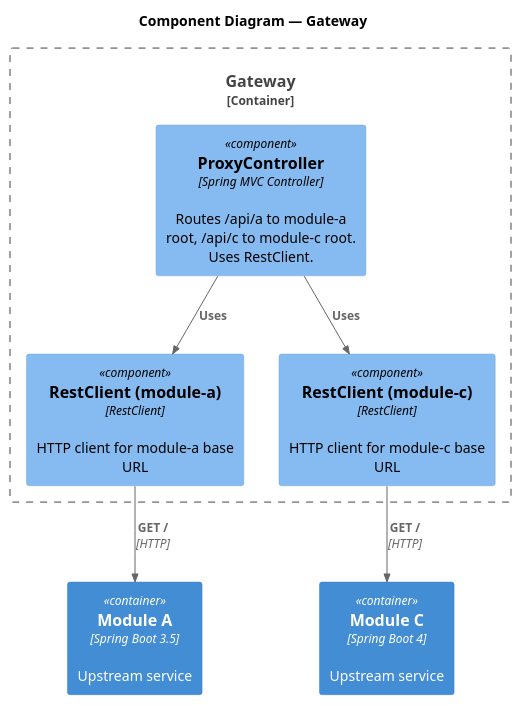
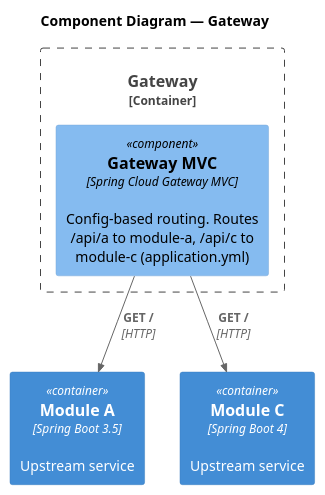
One commit to jabrena/spring-boot-opentelemetry-honeycomb-example changed the diagram in documentation/c4/c4-level3-gateway.puml. Above: the diagram before and after it, drawn with PlantUML. The commit also changed 7 other files, not shown here.

```diff
--- a/documentation/c4/c4-level3-gateway.puml
+++ b/documentation/c4/c4-level3-gateway.puml
@@ -1,20 +1,16 @@
 @startuml
 !include https://raw.githubusercontent.com/plantuml-stdlib/C4-PlantUML/master/C4_Component.puml
 
 title Component Diagram — Gateway
 
 Container_Boundary(gateway, "Gateway") {
-  Component(proxy_controller, "ProxyController", "Spring MVC Controller", "Routes /api/a to module-a root, /api/c to module-c root. Uses RestClient.")
-  Component(rest_client_a, "RestClient (module-a)", "RestClient", "HTTP client for module-a base URL")
-  Component(rest_client_c, "RestClient (module-c)", "RestClient", "HTTP client for module-c base URL")
+  Component(gateway_mvc, "Gateway MVC", "Spring Cloud Gateway MVC", "Config-based routing. Routes /api/a to module-a, /api/c to module-c (application.yml)")
 }
 
 Container(module_a, "Module A", "Spring Boot 3.5", "Upstream service")
 Container(module_c, "Module C", "Spring Boot 4", "Upstream service")
 
-Rel(proxy_controller, rest_client_a, "Uses")
-Rel(proxy_controller, rest_client_c, "Uses")
-Rel(rest_client_a, module_a, "GET /", "HTTP")
-Rel(rest_client_c, module_c, "GET /", "HTTP")
+Rel(gateway_mvc, module_a, "GET /", "HTTP")
+Rel(gateway_mvc, module_c, "GET /", "HTTP")
 
 @enduml
```
